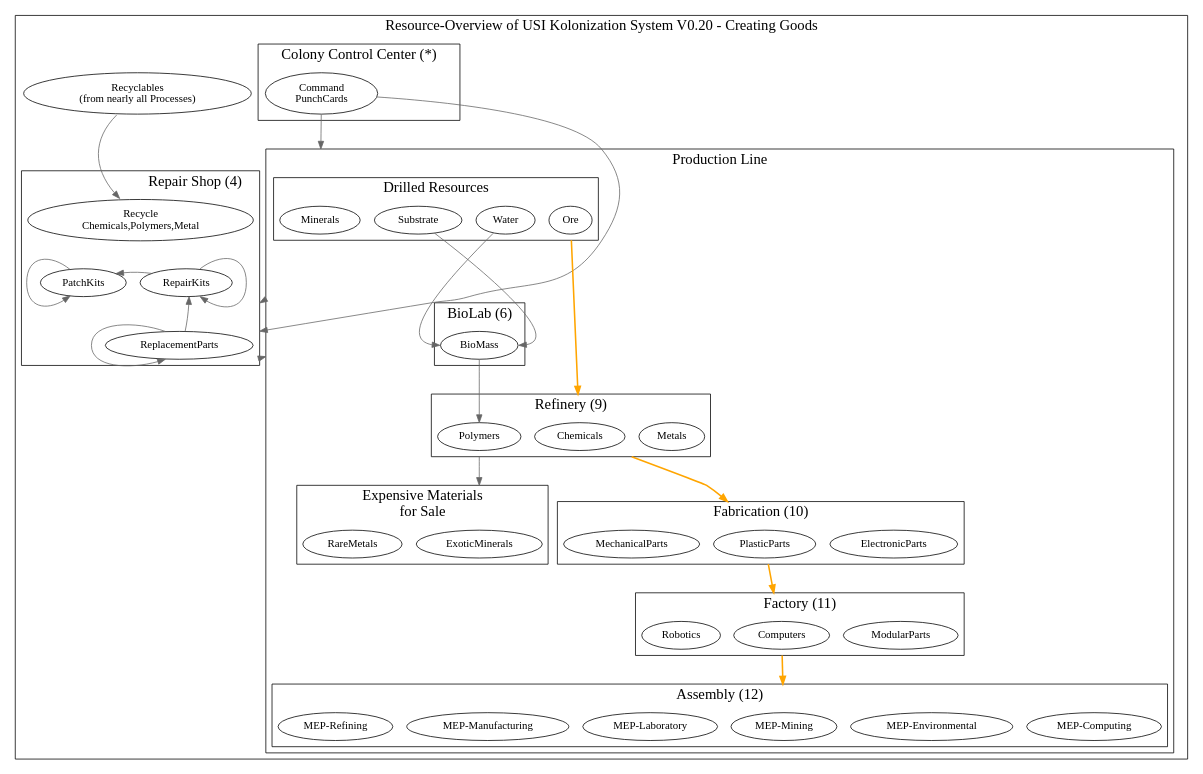
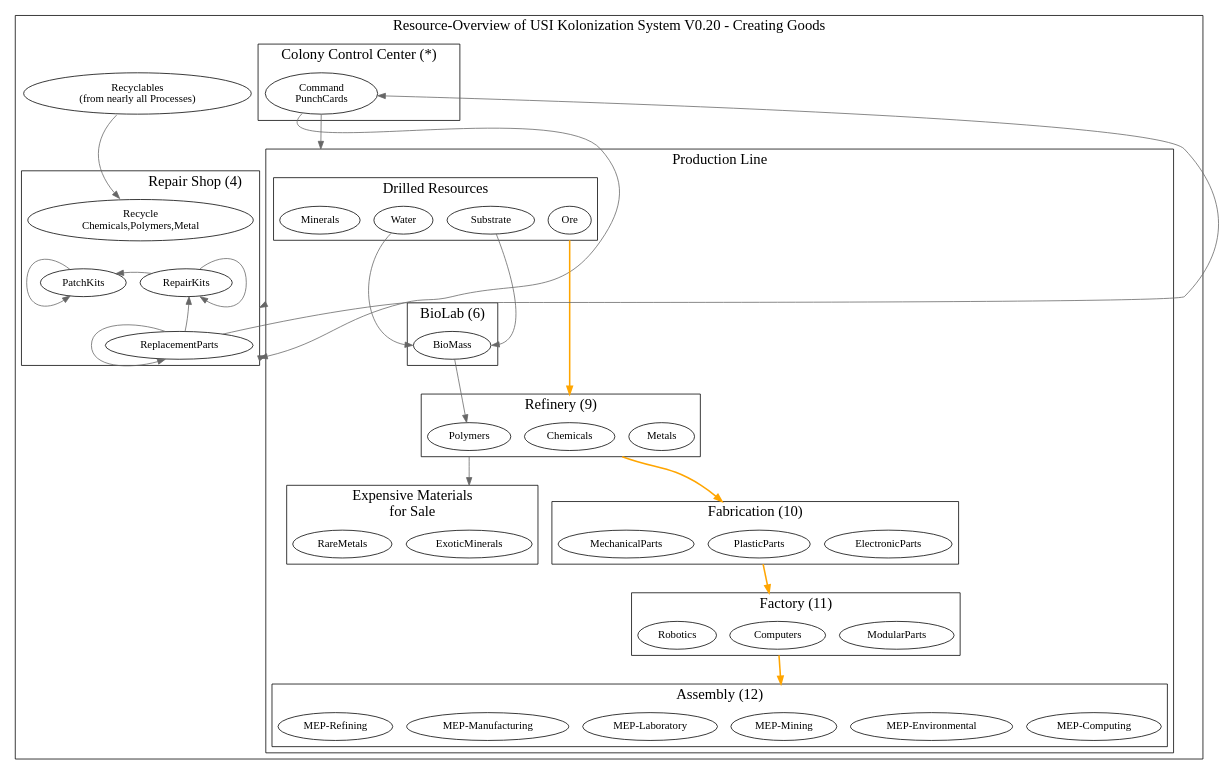
The diagram in ProductionLine.dot (mhoram-kerbin/USI-Kolonization-Systems-Resources), drawn with Graphviz before and after one commit. The commit also changed 1 other file, not shown here.

Commit message:
Bugfix: Command depends on ReplacementParts.

```diff
--- a/ProductionLine.dot
+++ b/ProductionLine.dot
@@ -1,133 +1,136 @@
 /* -*- coding: utf-8; -*-
 Overview over USI Kolonization System Resources
 Copyright 2014 By Mhoram
 
 This Work may be distributed under the Creative Commons
 Attribution-ShareAlike 4.0 International or Creative Commons
 Attribution-NonCommercial-ShareAlike 4.0 International License as you
 chose.
 
 */
 
 # dot -Tpdf -o ProductionLine.pdf ProductionLine.dot
 # dot -Tpng -o ProductionLine.png ProductionLine.dot
 
 digraph Resources {
     compound=true;
 
     subgraph clusterPRODUCTION {
         graph [label="Resource-Overview of USI Kolonization System V0.20 - Creating Goods" fontsize=19];
 
         subgraph clusterCCCP {
             label="Colony Control Center (*)";
             CommandP [label="Command\nPunchCards"];
         }
 
         subgraph clusterProductionLine {
             label="Production Line";
 
             subgraph clusterBIOLABP {
                 label="BioLab (6)";
                 PBioMass [label="BioMass"];
             }
 
             subgraph clusterResources {
                 label="Drilled Resources";
                 WaterR [label="Water"];
                 SubstrateR [label="Substrate"];
                 Ore;
                 Minerals;
             }
 
             subgraph clusterRefinery {
                 label="Refinery (9)";
                 Metals;
                 Polymers;
                 Chemicals;
             }
 
             subgraph clusterFabrication {
                 label="Fabrication (10)"
                 ElectronicParts;
                 PlasticParts;
                 MechanicalParts;
             }
 
             subgraph clusterFactory {
                 label="Factory (11)"
                 ModularParts;
                 Computers;
                 Robotics;
             }
 
             subgraph clusterAssembly {
                 label="Assembly (12)";
                 "MEP-Computing";
                 "MEP-Environmental";
                 "MEP-Mining";
                 "MEP-Laboratory";
                 "MEP-Manufacturing";
                 "MEP-Refining";
             }
 
             subgraph clusterSpecials {
                 label="Expensive Materials\nfor Sale";
                 ExoticMinerals;
                 RareMetals;
             }
         }
 
         Recyclables [label="Recyclables\n(from nearly all Processes)"];
 
         subgraph clusterRepair {
             label="Repair Shop (4)";
             labeljust="r";
             PatchKits;
             RepairKits;
             ReplacementParts;
             Recycle [label="Recycle\nChemicals,Polymers,Metal"];
             edge [color="#666666"];
             {
                 rank = same;
                 edge [minlen=1];
                 PatchKits -> RepairKits [style=invisible,arrowhead=none];
             }
             {
                 Recycle -> PatchKits [style=invisible,arrowhead=none];
                 RepairKits -> ReplacementParts [style=invisible,arrowhead=none];
             }
             PatchKits -> PatchKits [tailport=nw,headport=sw];
             RepairKits -> PatchKits;
             RepairKits -> RepairKits [tailport=ne,headport=se];
             ReplacementParts -> RepairKits [constraint = false];
             ReplacementParts -> ReplacementParts [tailport=nw,headport=sw];
         }
 
 /*        {
             rank = same;
             ReplacementParts -> Chemicals;
         }
 */
-        edge [minlen=2, color="#666666"];
+        edge [color="#666666"];
+        edge [minlen=2];
+        ReplacementParts -> CommandP [constraint = false];
+        CommandP -> ReplacementParts [lhead=clusterRepair,constraint = false,tailport=sw,headport=se];
 
         CommandP -> Minerals [lhead=clusterProductionLine];
-        CommandP -> ReplacementParts [lhead=clusterRepair,constraint = false];
         ReplacementParts -> Ore [lhead=clusterProductionLine,ltail=clusterRepair,tailport=se];
         PBioMass -> Polymers [];
         SubstrateR -> PBioMass [headport=e];
         WaterR -> PBioMass [tailport=sw,headport=w];
         SubstrateR -> ReplacementParts [ltail=clusterProductionLine,lhead=clusterRepair];
 
         Polymers -> ExoticMinerals [ltail=clusterRefinery,lhead=clusterSpecials];
         Ore -> Chemicals [lhead=clusterRefinery; ltail=clusterResources, penwidth=2, color="orange"];
 
         Chemicals -> PlasticParts [lhead=clusterFabrication; ltail=clusterRefinery, penwidth=2, color="orange"];
 
         PlasticParts -> Computers [lhead=clusterFactory; ltail=clusterFabrication, penwidth=2, color="orange"];
 
         Computers -> "MEP-Mining" [lhead=clusterAssembly; ltail=clusterFactory, penwidth=2, color="orange"];
 
         Recyclables -> Recycle [tailport=sw,headport=nw];
+
     }
 
 }
```
